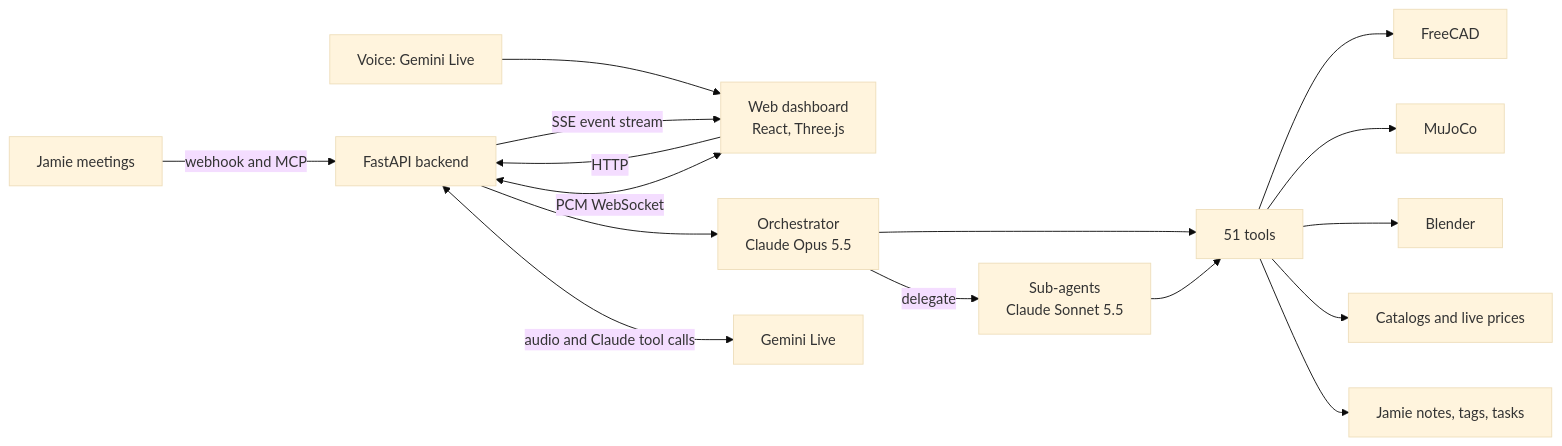
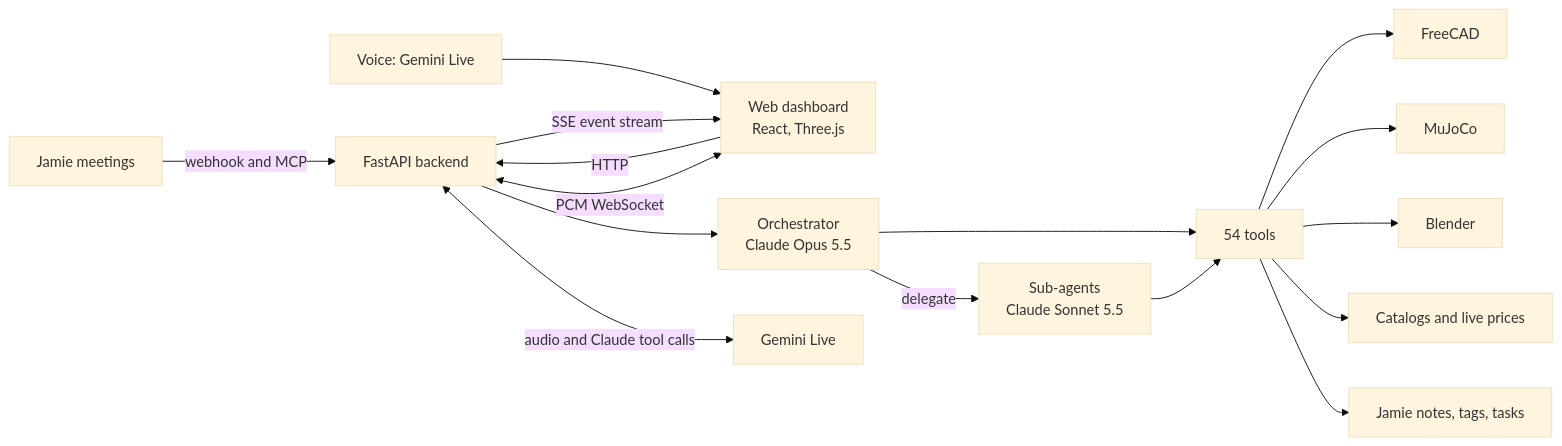
One commit to AnyBuildhackathon/bauplan changed the diagram in README.md. Above: the diagram before and after it, drawn with Mermaid (base theme). The commit also changed other lines of this file and 35 other files, not shown here.

````diff
--- a/README.md
+++ b/README.md
@@ -43,18 +43,18 @@
 ```mermaid
 flowchart LR
     M[Jamie meetings] -->|webhook and MCP| B
     V[Voice: Gemini Live] --> W
     W[Web dashboard<br/>React, Three.js] -->|HTTP| B[FastAPI backend]
     B -->|SSE event stream| W
     B --> O[Orchestrator<br/>Claude Opus 5.5]
     O -->|delegate| S[Sub-agents<br/>Claude Sonnet 5.5]
-    O --> T[51 tools]
+    O --> T[54 tools]
     S --> T
     T --> FC[FreeCAD]
     T --> MJ[MuJoCo]
     T --> BL[Blender]
     T --> PR[Catalogs and live prices]
     T --> J2[Jamie notes, tags, tasks]
     W <-->|PCM WebSocket| B
     B <-->|audio and Claude tool calls| G[Gemini Live]
 ```
````
